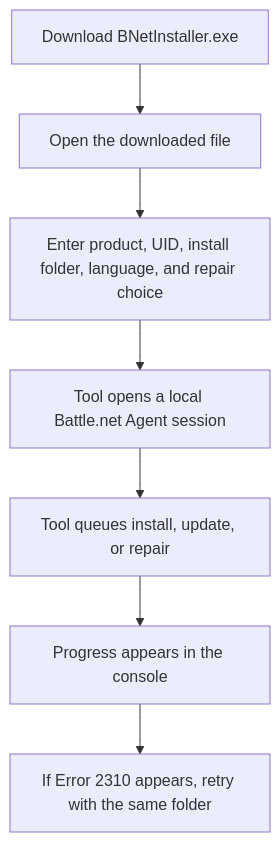
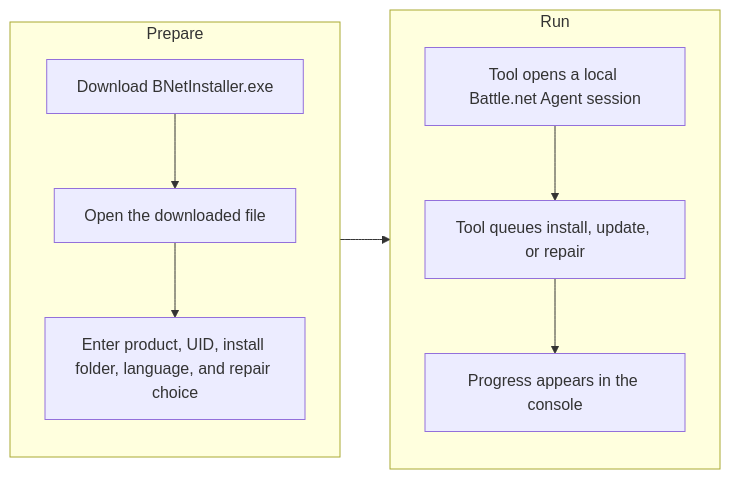
Before and after one commit to DokPlay/Battle.Net-Installer: the diagram in README.md, drawn with Mermaid. The commit also changed 1 other file, not shown here.

Commit message:
Split README flow diagrams into two columns

````diff
--- a/README.md
+++ b/README.md
@@ -52,9 +52,14 @@
 ```mermaid
-flowchart TB
-    A["Download BNetInstaller.exe"] --> B["Open the downloaded file"]
-    B --> C["Enter product, UID, install folder, language, and repair choice"]
-    C --> D["Tool opens a local Battle.net Agent session"]
-    D --> E["Tool queues install, update, or repair"]
-    E --> F["Progress appears in the console"]
-    F --> G["If Error 2310 appears, retry with the same folder"]
+flowchart LR
+    subgraph LEFT["Prepare"]
+        direction TB
+        A["Download BNetInstaller.exe"] --> B["Open the downloaded file"] --> C["Enter product, UID, install folder, language, and repair choice"]
+    end
+
+    subgraph RIGHT["Run"]
+        direction TB
+        D["Tool opens a local Battle.net Agent session"] --> E["Tool queues install, update, or repair"] --> F["Progress appears in the console"]
+    end
+
+    C --> D
 ```
````
